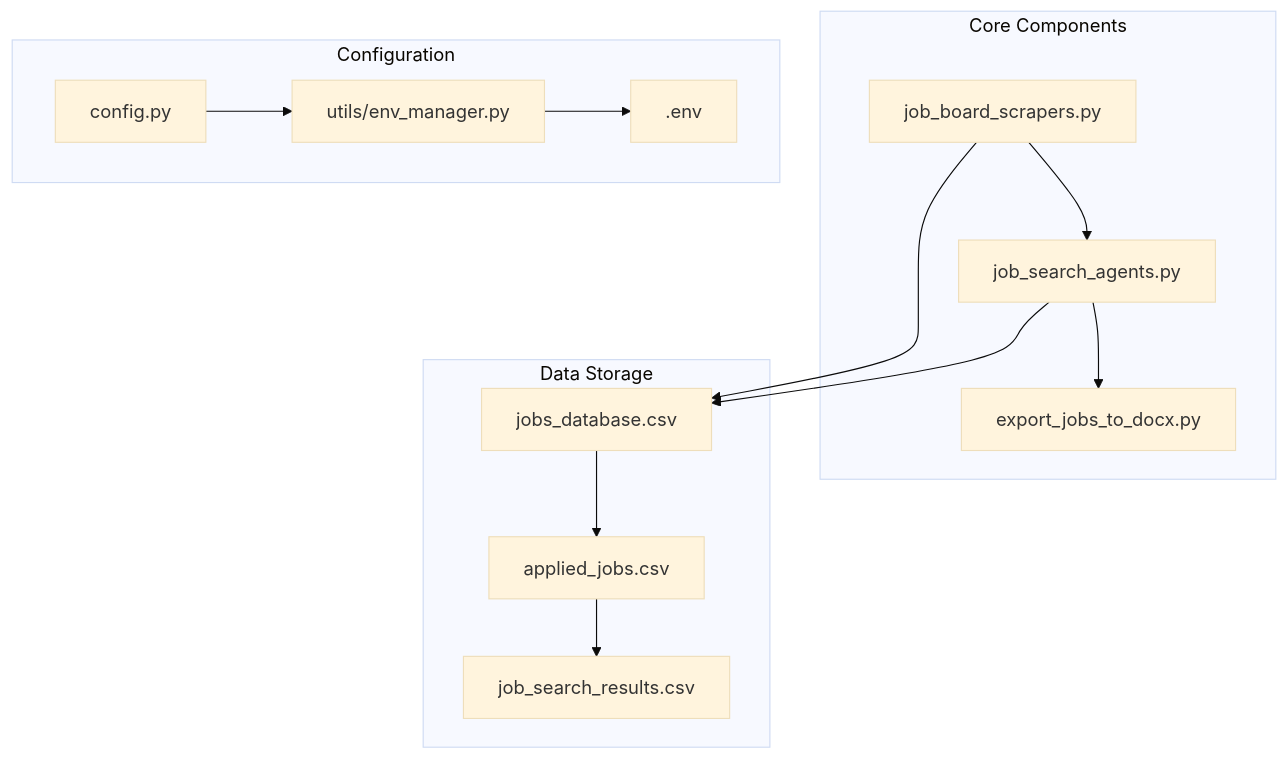
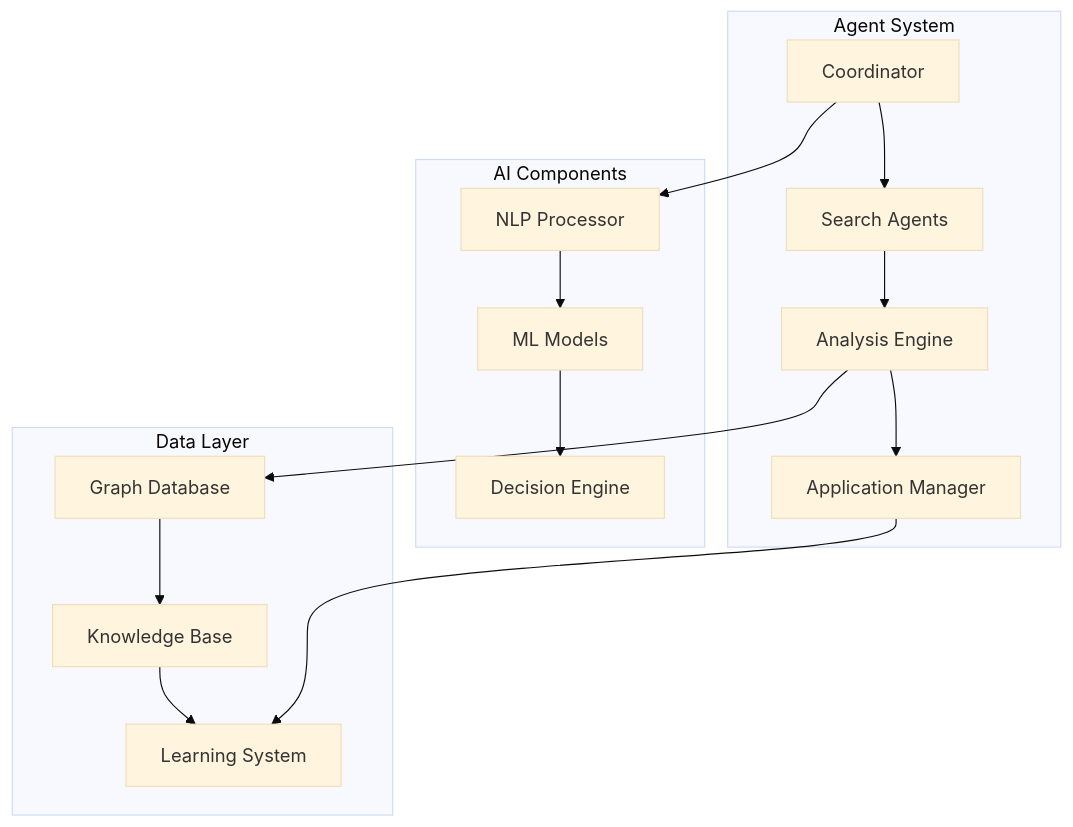
Before and after one commit to SaurabMishra12/Multi-Agent-Job-Search-Automation-Framework: the third of 4 diagrams in README.md, drawn with Mermaid (base theme). The commit also changed other lines of this file, not shown here.

Commit message:
Initial commit: Multi-Agent Job Search Framework with AI capabilities

````diff
--- a/README.md
+++ b/README.md
@@ -81,20 +88,22 @@
 ```mermaid
 graph TD
-    subgraph "Core Components"
-        A[job_board_scrapers.py] --> B[job_search_agents.py]
-        B --> C[export_jobs_to_docx.py]
+    subgraph "Agent System"
+        A[Coordinator] --> B[Search Agents]
+        B --> C[Analysis Engine]
+        C --> D[Application Manager]
     end
 
-    subgraph "Configuration"
-        D[config.py] --> E[utils/env_manager.py]
-        E --> F[.env]
+    subgraph "AI Components"
+        E[NLP Processor] --> F[ML Models]
+        F --> G[Decision Engine]
     end
 
-    subgraph "Data Storage"
-        G[jobs_database.csv] --> H[applied_jobs.csv]
-        H --> I[job_search_results.csv]
+    subgraph "Data Layer"
+        H[Graph Database] --> I[Knowledge Base]
+        I --> J[Learning System]
     end
 
-    A --> G
-    B --> G
+    A --> E
+    C --> H
+    D --> J
 ```
````
